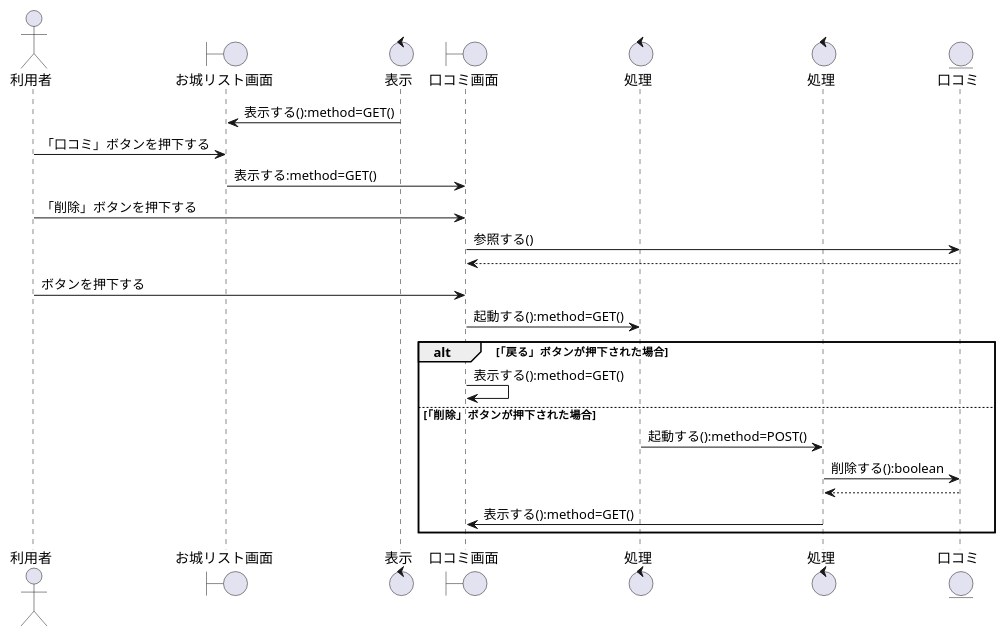
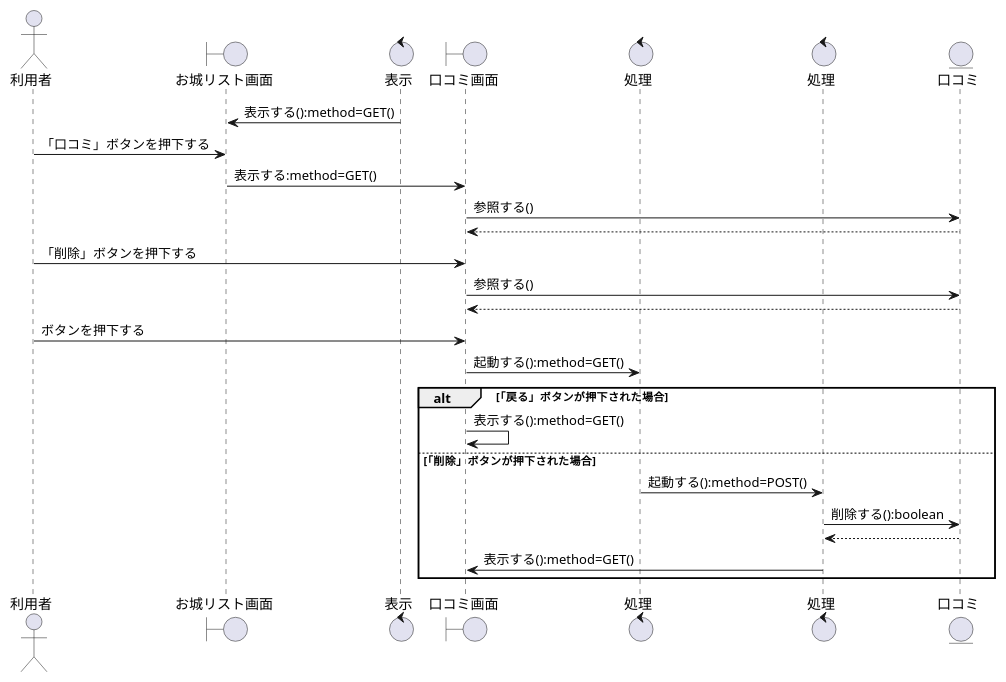
Before and after one commit to K-Rinrin/GroupE: the diagram in お城/お城/設計書/シーケンス図/利用者/口コミ機能/シーケンス図_利用者が口コミを削除する.pu, drawn with PlantUML. The commit also changed 2 other files, not shown here.

```diff
--- a/お城/お城/設計書/シーケンス図/利用者/口コミ機能/シーケンス図_利用者が口コミを削除する.pu
+++ b/お城/お城/設計書/シーケンス図/利用者/口コミ機能/シーケンス図_利用者が口コミを削除する.pu
@@ -1,43 +1,44 @@
 @startuml 利用者が口コミを削除する
 
 
 ' ========================================
 ' 登場モノの定義
 ' ========================================
 actor "利用者" as User
 boundary "お城リスト画面" as b1
 control "表示" as c1
 boundary "口コミ画面" as b2
 control "処理" as c2
 control "処理" as c3
 entity "口コミ" as e1
 
 ' ========================================
 ' シーケンスの流れ
 ' ========================================
 c1 -> b1   : 表示する():method=GET()
 User -> b1 : 「口コミ」ボタンを押下する
 b1 -> b2   : 表示する:method=GET()
-
+b2 -> e1   : 参照する()
+b2 <-- e1
 User -> b2 : 「削除」ボタンを押下する
 b2 -> e1   : 参照する()
 b2 <-- e1
 
 User -> b2 : ボタンを押下する
 b2 -> c2   : 起動する():method=GET()
 
 
 alt 「戻る」ボタンが押下された場合
     b2 -> b2 : 表示する():method=GET()
 
 else 「削除」ボタンが押下された場合
     c2 -> c3   : 起動する():method=POST()
     c3 ->  e1 :  削除する():boolean
     c3 <-- e1
     c3 -> b2 : 表示する():method=GET()
         
 end
 
 
 
 @enduml
```
